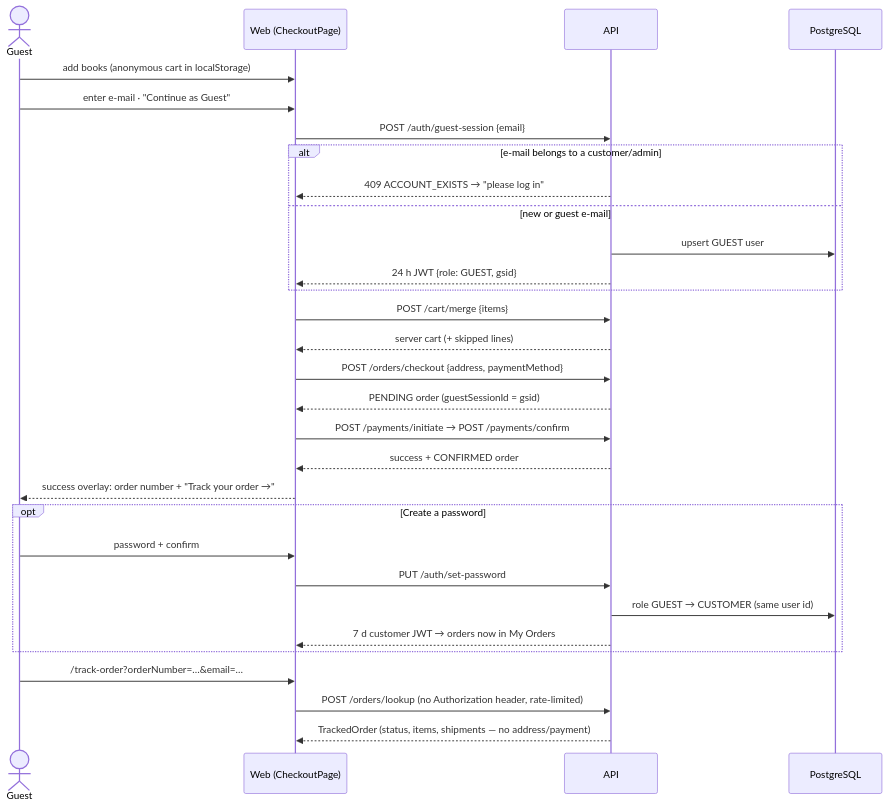
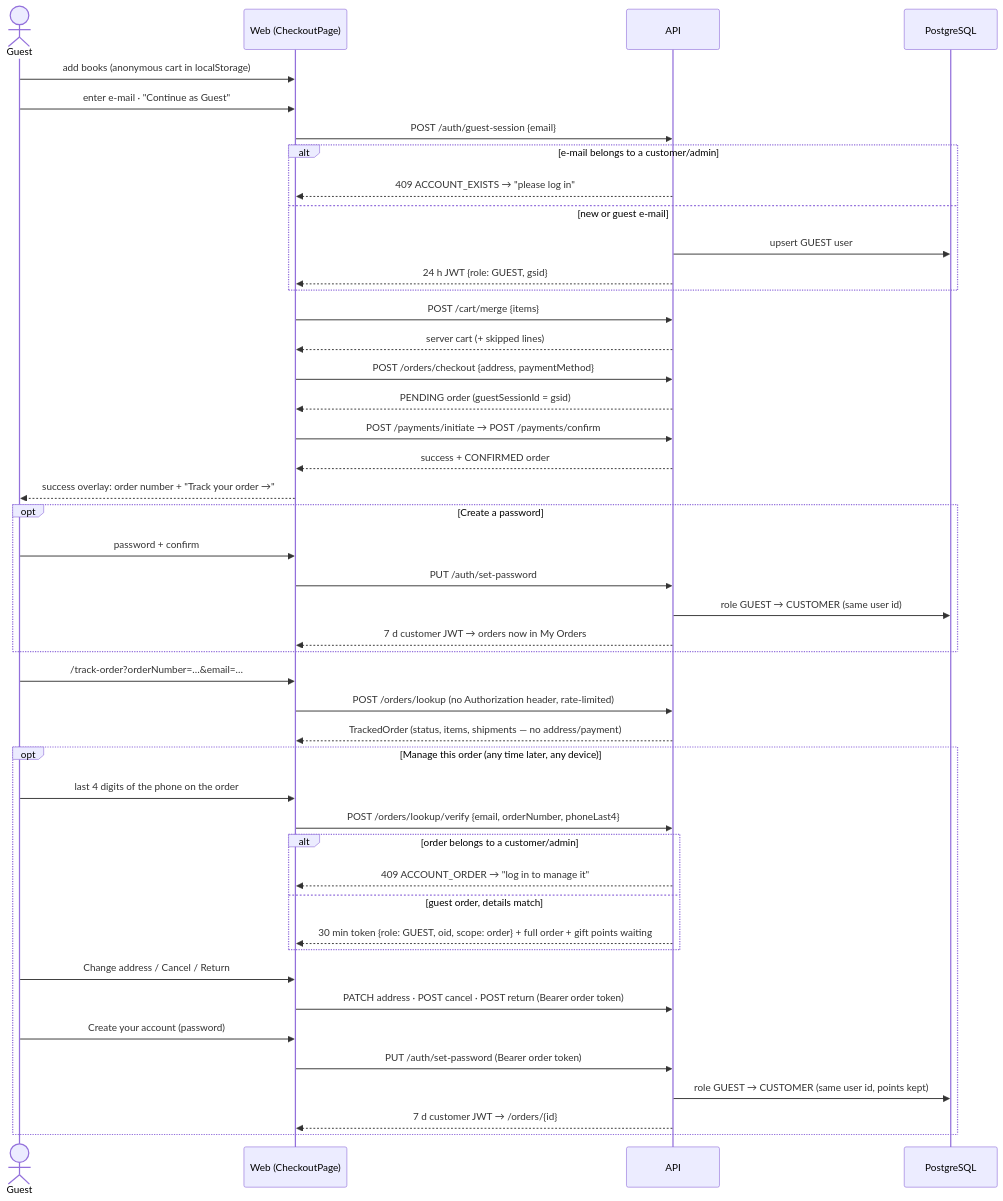
Before and after one commit to kishore-maria/FDE_demo_project: the first of 5 diagrams in docs/data-flows.md, drawn with Mermaid. The commit also changed other lines of this file and 32 other files, not shown here.

First line of the commit message:
feat: guests manage orders from Track Order, claim their account and see gift points

````diff
--- a/docs/data-flows.md
+++ b/docs/data-flows.md
@@ -7,33 +7,48 @@
 ```mermaid
 sequenceDiagram
   actor G as Guest
   participant W as Web (CheckoutPage)
   participant A as API
   participant DB as PostgreSQL
 
   G->>W: add books (anonymous cart in localStorage)
   G->>W: enter e-mail · "Continue as Guest"
   W->>A: POST /auth/guest-session {email}
   alt e-mail belongs to a customer/admin
     A-->>W: 409 ACCOUNT_EXISTS → "please log in"
   else new or guest e-mail
     A->>DB: upsert GUEST user
     A-->>W: 24 h JWT {role: GUEST, gsid}
   end
   W->>A: POST /cart/merge {items}
   A-->>W: server cart (+ skipped lines)
   W->>A: POST /orders/checkout {address, paymentMethod}
   A-->>W: PENDING order (guestSessionId = gsid)
   W->>A: POST /payments/initiate → POST /payments/confirm
   A-->>W: success + CONFIRMED order
   W-->>G: success overlay: order number + "Track your order →"
   opt Create a password
     G->>W: password + confirm
     W->>A: PUT /auth/set-password
     A->>DB: role GUEST → CUSTOMER (same user id)
     A-->>W: 7 d customer JWT → orders now in My Orders
   end
   G->>W: /track-order?orderNumber=…&email=…
   W->>A: POST /orders/lookup (no Authorization header, rate-limited)
   A-->>W: TrackedOrder (status, items, shipments — no address/payment)
+  opt Manage this order (any time later, any device)
+    G->>W: last 4 digits of the phone on the order
+    W->>A: POST /orders/lookup/verify {email, orderNumber, phoneLast4}
+    alt order belongs to a customer/admin
+      A-->>W: 409 ACCOUNT_ORDER → "log in to manage it"
+    else guest order, details match
+      A-->>W: 30 min token {role: GUEST, oid, scope: order} + full order + gift points waiting
+    end
+    G->>W: Change address / Cancel / Return
+    W->>A: PATCH address · POST cancel · POST return (Bearer order token)
+    G->>W: Create your account (password)
+    W->>A: PUT /auth/set-password (Bearer order token)
+    A->>DB: role GUEST → CUSTOMER (same user id, points kept)
+    A-->>W: 7 d customer JWT → /orders/{id}
+  end
 ```
````
